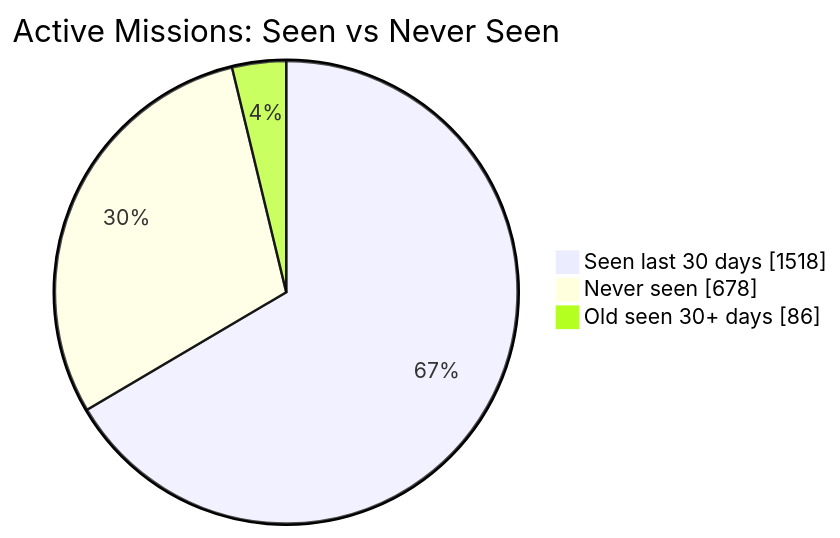
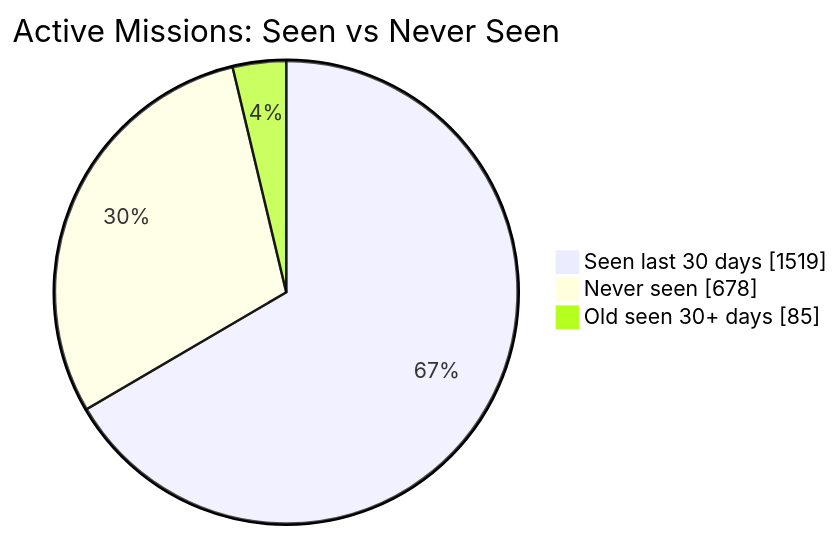
The first of 2 diagrams in README.md (MeldkamerspelGameTeam/active-missions), drawn with Mermaid before and after one commit. The commit also changed other lines of this file and 2 other files, not shown here.

````diff
--- a/README.md
+++ b/README.md
@@ -34,7 +34,7 @@
 ```mermaid
 pie showData
     title Active Missions: Seen vs Never Seen
-    "Seen last 30 days" : 1518
+    "Seen last 30 days" : 1519
     "Never seen" : 678
-    "Old seen 30+ days" : 86
+    "Old seen 30+ days" : 85
 ```
````
